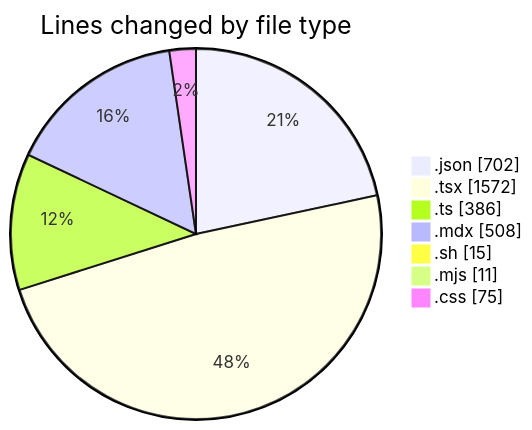
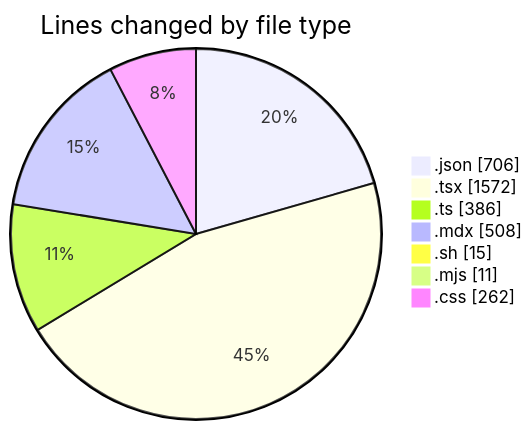
The first of 2 diagrams in 2025-05-01/niten/README.md (Elitesun/code-tracking), drawn with Mermaid before and after one commit. The commit also changed other lines of this file and 1 other file, not shown here.

````diff
--- a/2025-05-01/niten/README.md
+++ b/2025-05-01/niten/README.md
@@ -57,11 +57,11 @@
 ```mermaid
 pie showData
 title Lines changed by file type
-".json" : 702
+".json" : 706
 ".tsx" : 1572
 ".ts" : 386
 ".mdx" : 508
 ".sh" : 15
 ".mjs" : 11
-".css" : 75
+".css" : 262
 ```
````
